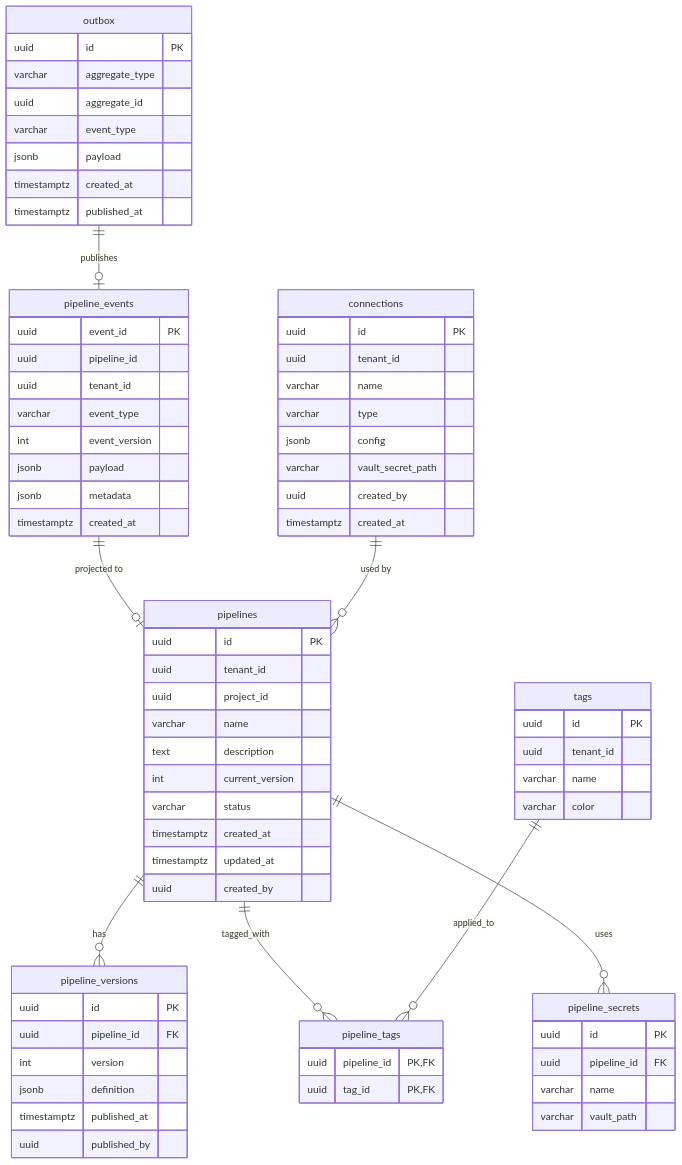
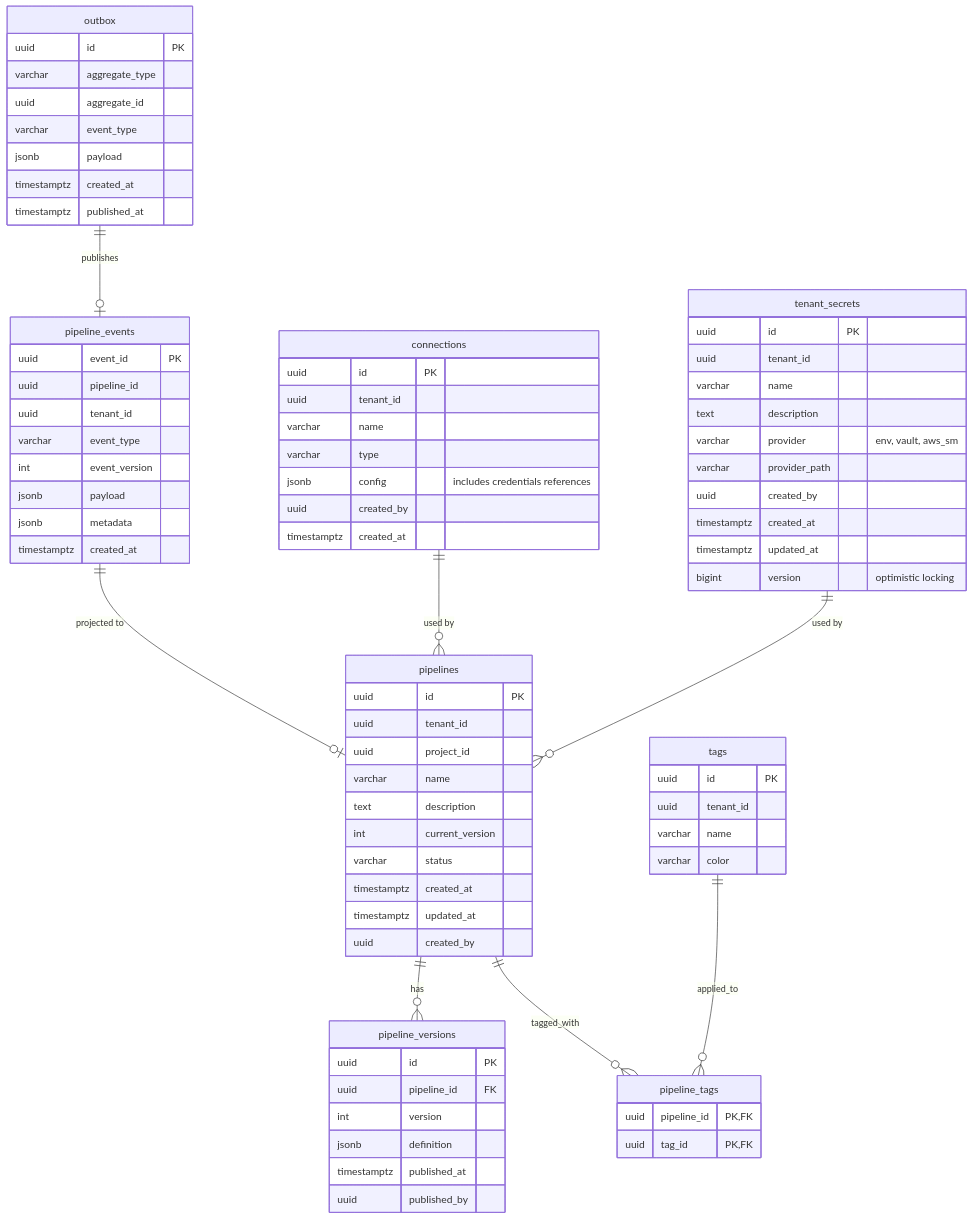
The third of 9 diagrams in docs/lld/02-database-erd.md (Abhishekkumar2021/Pravah), drawn with Mermaid before and after one commit. The commit also changed other lines of this file and 75 other files, not shown here.

First line of the commit message:
feat(pipeline-service): Connections, secrets, and SQL stage execution

```diff
--- a/docs/lld/02-database-erd.md
+++ b/docs/lld/02-database-erd.md
@@ -401,9 +401,9 @@
     pipeline_events ||--o| pipelines : "projected to"
     pipelines ||--o{ pipeline_versions : has
     pipelines ||--o{ pipeline_tags : tagged_with
-    pipelines ||--o{ pipeline_secrets : uses
     tags ||--o{ pipeline_tags : applied_to
     connections ||--o{ pipelines : "used by"
+    tenant_secrets ||--o{ pipelines : "used by"
     outbox ||--o| pipeline_events : "publishes"
 
     pipeline_events {
@@ -456,17 +456,22 @@
         uuid tenant_id
         varchar name
         varchar type
-        jsonb config
-        varchar vault_secret_path
+        jsonb config "includes credentials references"
         uuid created_by
         timestamptz created_at
     }
     
-    pipeline_secrets {
+    tenant_secrets {
         uuid id PK
-        uuid pipeline_id FK
+        uuid tenant_id
         varchar name
-        varchar vault_path
+        text description
+        varchar provider "env, vault, aws_sm"
+        varchar provider_path
+        uuid created_by
+        timestamptz created_at
+        timestamptz updated_at
+        bigint version "optimistic locking"
     }
     
     outbox {
```
